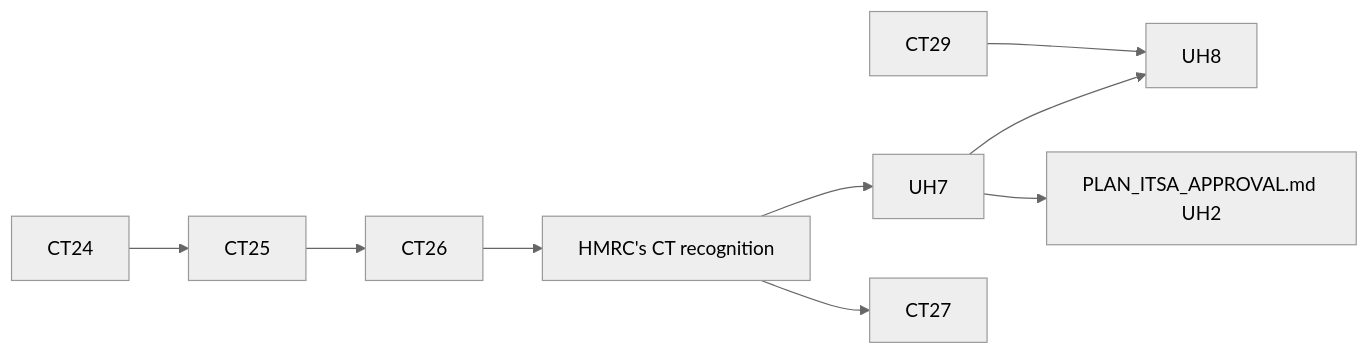
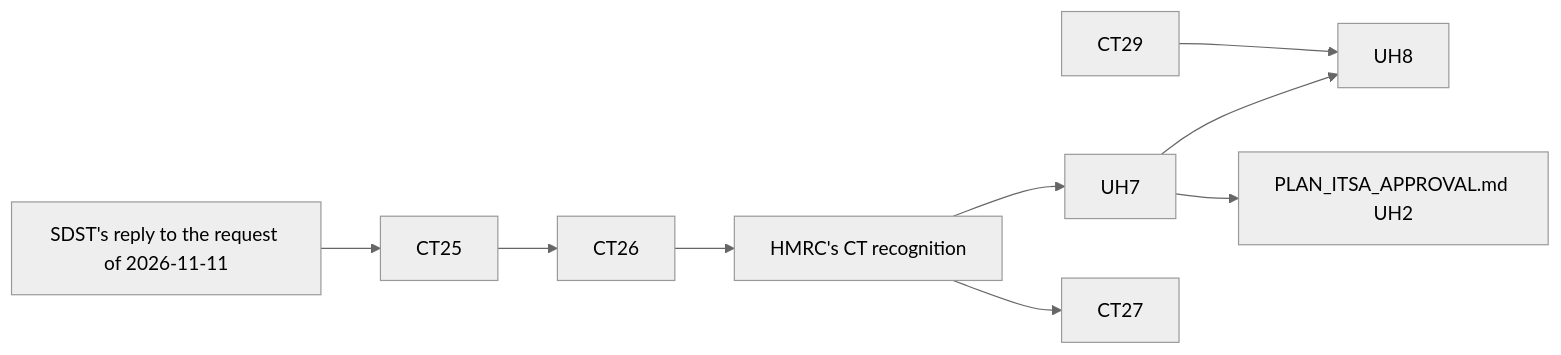
Before and after one commit to diy-accounting-uk/submit.diyaccounting.co.uk: the diagram in PLAN_HMRC_CT_APPROVAL.md, drawn with Mermaid (neutral theme). The commit also changed other lines of this file and 1 other file, not shown here.

First line of the commit message:
CT24 sent (operator, 2026-11-11 21:35); CT25 waits on SDST's reply

````diff
--- a/PLAN_HMRC_CT_APPROVAL.md
+++ b/PLAN_HMRC_CT_APPROVAL.md
@@ -73,11 +67,11 @@
 ```mermaid
 flowchart LR
-    CT24 --> CT25
+    SDST["SDST's reply to the request of 2026-11-11"] --> CT25
     CT25 --> CT26
     CT26 --> REC["HMRC's CT recognition"]
     REC --> UH7
     UH7 --> UH8
     CT29 --> UH8
     REC --> CT27
     UH7 --> UH2["PLAN_ITSA_APPROVAL.md UH2"]
 ```
````
